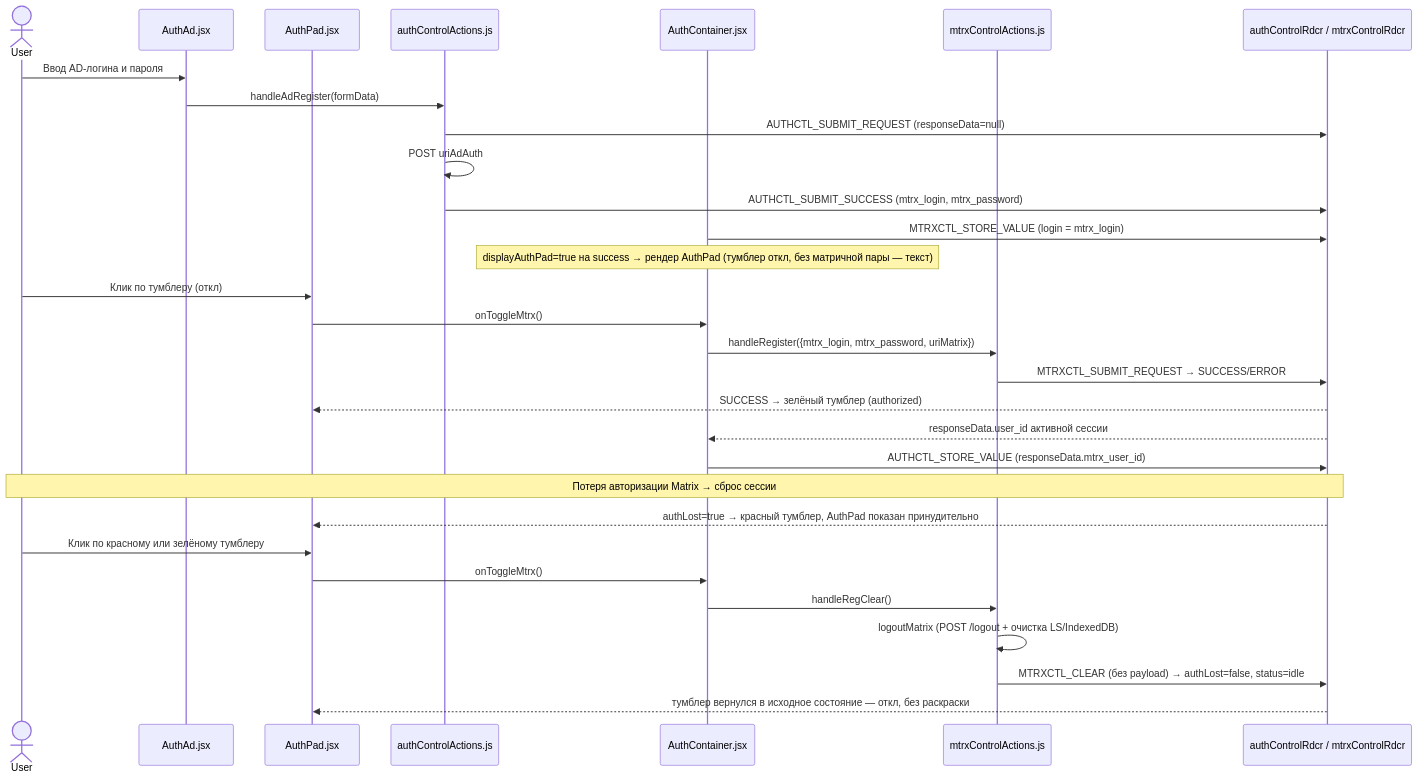
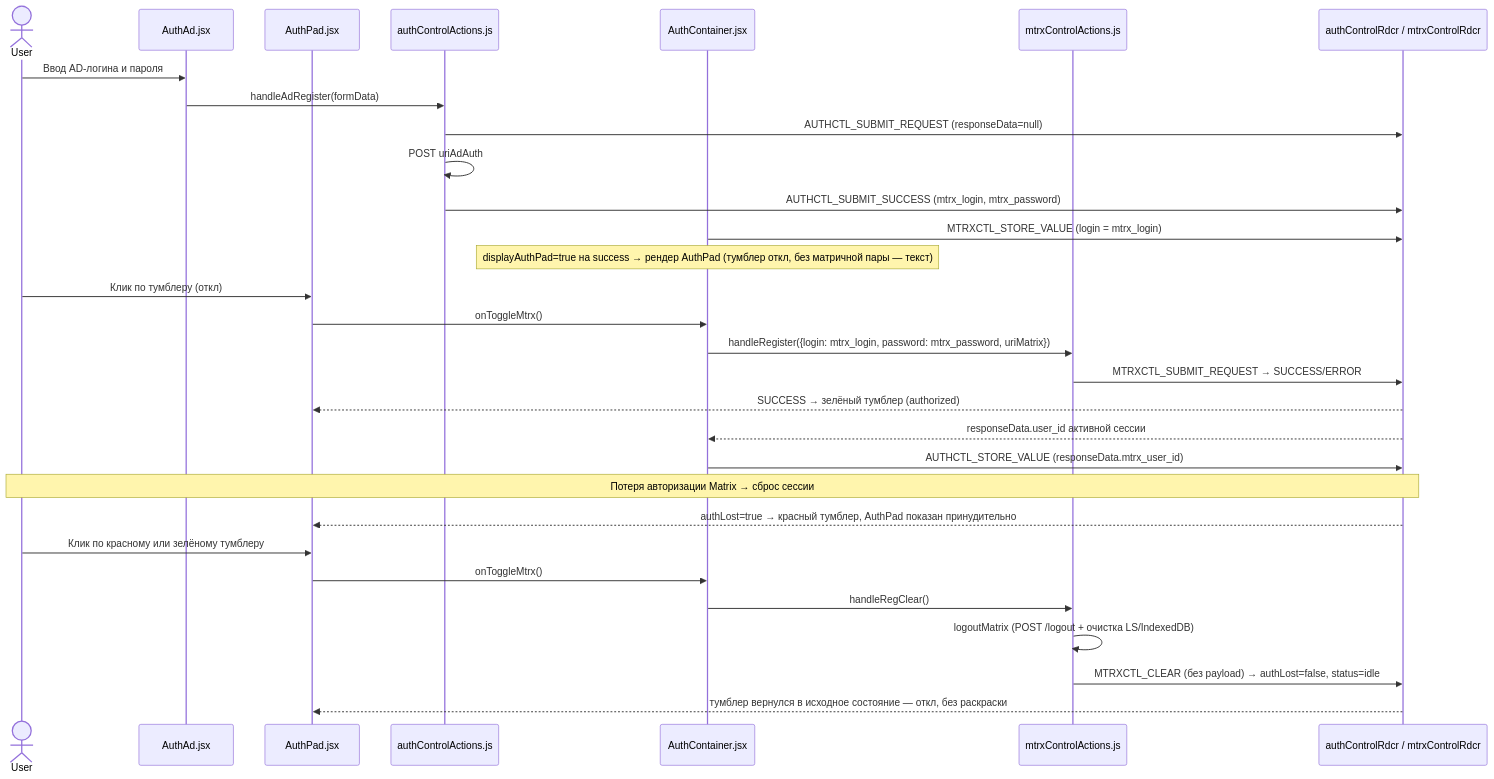
The fourth of 4 diagrams in docs/STATE.md (ars-anosov/matrix-react), drawn with Mermaid before and after one commit. The commit also changed other lines of this file and 9 other files, not shown here.

````diff
--- a/docs/STATE.md
+++ b/docs/STATE.md
@@ -174,34 +199,34 @@
 ```mermaid
 sequenceDiagram
   actor User
   participant AuthAd as AuthAd.jsx
   participant AuthPad as AuthPad.jsx
   participant AuthAct as authControlActions.js
   participant AuthCont as AuthContainer.jsx
   participant MtrxAct as mtrxControlActions.js
   participant Dispatch as authControlRdcr / mtrxControlRdcr
 
   User->>AuthAd: Ввод AD-логина и пароля
   AuthAd->>AuthAct: handleAdRegister(formData)
   AuthAct->>Dispatch: AUTHCTL_SUBMIT_REQUEST (responseData=null)
   AuthAct->>AuthAct: POST uriAdAuth
   AuthAct->>Dispatch: AUTHCTL_SUBMIT_SUCCESS (mtrx_login, mtrx_password)
   AuthCont->>Dispatch: MTRXCTL_STORE_VALUE (login = mtrx_login)
   Note over AuthCont: displayAuthPad=true на success → рендер AuthPad (тумблер откл, без матричной пары — текст)
   User->>AuthPad: Клик по тумблеру (откл)
   AuthPad->>AuthCont: onToggleMtrx()
-  AuthCont->>MtrxAct: handleRegister({mtrx_login, mtrx_password, uriMatrix})
+  AuthCont->>MtrxAct: handleRegister({login: mtrx_login, password: mtrx_password, uriMatrix})
   MtrxAct->>Dispatch: MTRXCTL_SUBMIT_REQUEST → SUCCESS/ERROR
   Dispatch-->>AuthPad: SUCCESS → зелёный тумблер (authorized)
   Dispatch-->>AuthCont: responseData.user_id активной сессии
   AuthCont->>Dispatch: AUTHCTL_STORE_VALUE (responseData.mtrx_user_id)
 
   Note over User,Dispatch: Потеря авторизации Matrix → сброс сессии
   Dispatch-->>AuthPad: authLost=true → красный тумблер, AuthPad показан принудительно
   User->>AuthPad: Клик по красному или зелёному тумблеру
   AuthPad->>AuthCont: onToggleMtrx()
   AuthCont->>MtrxAct: handleRegClear()
   MtrxAct->>MtrxAct: logoutMatrix (POST /logout + очистка LS/IndexedDB)
   MtrxAct->>Dispatch: MTRXCTL_CLEAR (без payload) → authLost=false, status=idle
   Dispatch-->>AuthPad: тумблер вернулся в исходное состояние — откл, без раскраски
 ```
````
